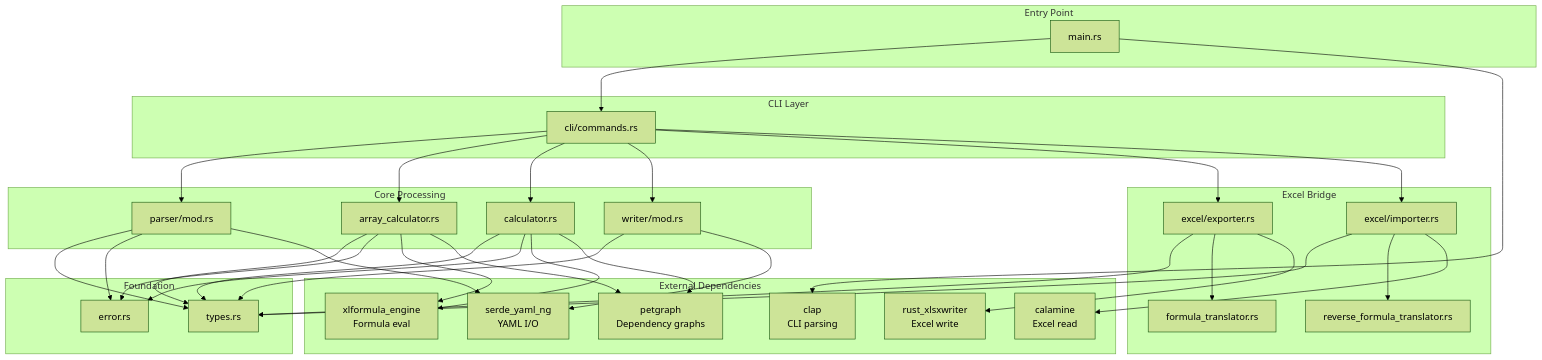
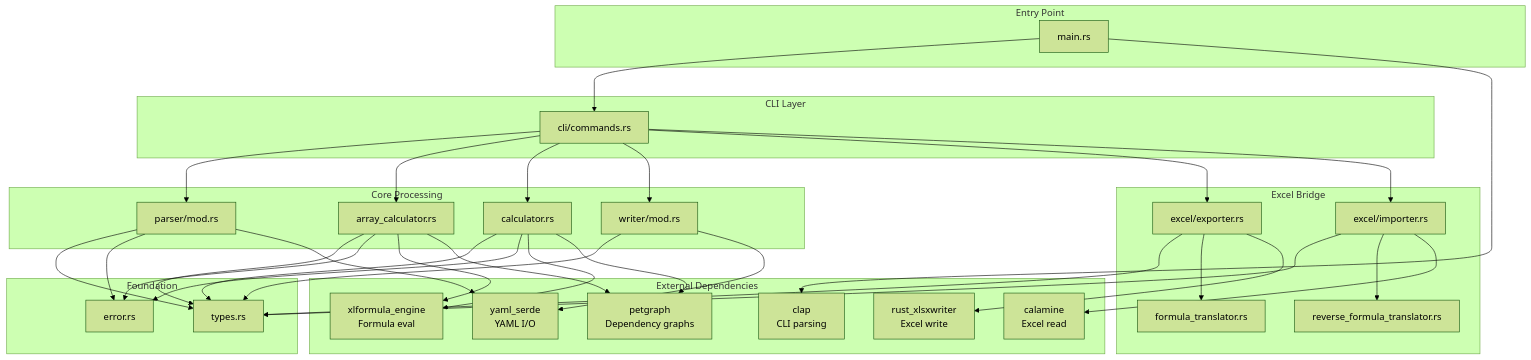
Before and after one commit to mollendorff-ai/forge: diagram 11 of 12 in docs/architecture/01-COMPONENT-ARCHITECTURE.md, drawn with Mermaid (forest theme). The commit also changed other lines of this file and 29 other files, not shown here.

First line of the commit message:
Replace serde_yaml_ng with yaml_serde to drop unmaintained unsafe-libyaml

````diff
--- a/docs/architecture/01-COMPONENT-ARCHITECTURE.md
+++ b/docs/architecture/01-COMPONENT-ARCHITECTURE.md
@@ -909,73 +909,73 @@
 ```mermaid
 graph TB
     subgraph "Entry Point"
         Main["main.rs"]
     end
 
     subgraph "CLI Layer"
         Commands["cli/commands.rs"]
     end
 
     subgraph "Core Processing"
         Parser["parser/mod.rs"]
         ArrayCalc["array_calculator.rs"]
         ScalarCalc["calculator.rs"]
         Writer["writer/mod.rs"]
     end
 
     subgraph "Excel Bridge"
         Exporter["excel/exporter.rs"]
         Importer["excel/importer.rs"]
         FormulaT["formula_translator.rs"]
         ReverseT["reverse_formula_translator.rs"]
     end
 
     subgraph "Foundation"
         Types["types.rs"]
         Error["error.rs"]
     end
 
     subgraph "External Dependencies"
         Clap["clap<br/>CLI parsing"]
-        SerdeYAML["serde_yaml_ng<br/>YAML I/O"]
+        SerdeYAML["yaml_serde<br/>YAML I/O"]
         XLFormula["xlformula_engine<br/>Formula eval"]
         PetGraph["petgraph<br/>Dependency graphs"]
         RustXLSX["rust_xlsxwriter<br/>Excel write"]
         Calamine["calamine<br/>Excel read"]
     end
 
     Main --> Commands
     Commands --> Parser
     Commands --> ArrayCalc
     Commands --> ScalarCalc
     Commands --> Writer
     Commands --> Exporter
     Commands --> Importer
 
     Parser --> Types
     Parser --> Error
     Parser --> SerdeYAML
 
     ArrayCalc --> Types
     ArrayCalc --> Error
     ArrayCalc --> XLFormula
     ArrayCalc --> PetGraph
 
     ScalarCalc --> Types
     ScalarCalc --> Error
     ScalarCalc --> XLFormula
     ScalarCalc --> PetGraph
 
     Writer --> Types
     Writer --> SerdeYAML
 
     Exporter --> Types
     Exporter --> FormulaT
     Exporter --> RustXLSX
 
     Importer --> Types
     Importer --> ReverseT
     Importer --> Calamine
 
     Main --> Clap
 ```
````
